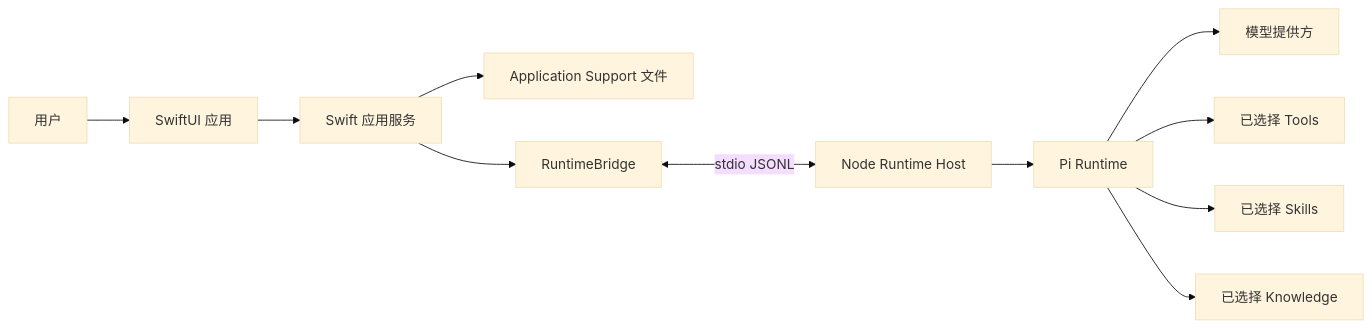
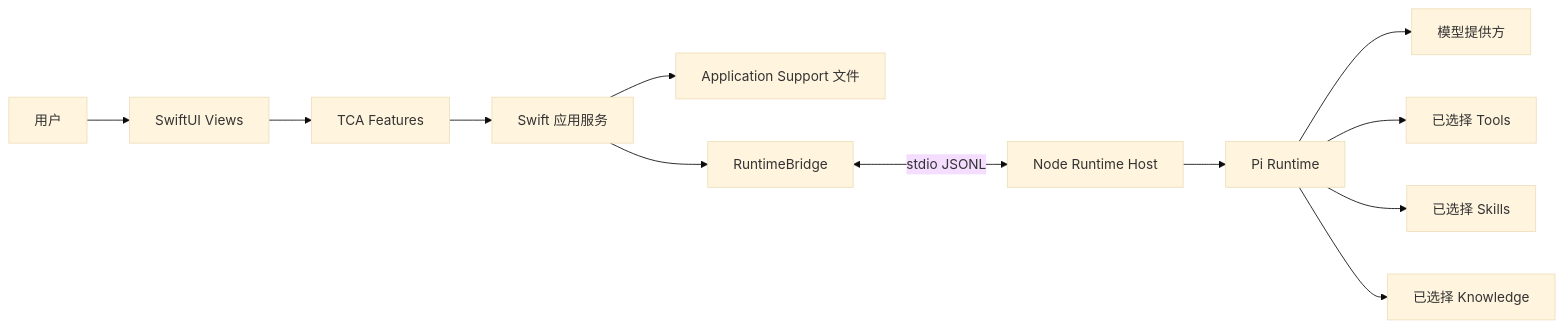
Before and after one commit to acezhx/agent-mac: the first of 2 diagrams in doc/technical-design.md, drawn with Mermaid (base theme). The commit also changed other lines of this file and 9 other files, not shown here.

````diff
--- a/doc/technical-design.md
+++ b/doc/technical-design.md
@@ -8,13 +8,14 @@
 ```mermaid
 flowchart LR
-    User["用户"] --> SwiftUI["SwiftUI 应用"]
-    SwiftUI --> AppServices["Swift 应用服务"]
+    User["用户"] --> SwiftUI["SwiftUI Views"]
+    SwiftUI --> TCA["TCA Features"]
+    TCA --> AppServices["Swift 应用服务"]
     AppServices --> FileData["Application Support 文件"]
     AppServices --> RuntimeBridge["RuntimeBridge"]
     RuntimeBridge <-->|"stdio JSONL"| RuntimeHost["Node Runtime Host"]
     RuntimeHost --> Pi["Pi Runtime"]
     Pi --> Model["模型提供方"]
     Pi --> Tools["已选择 Tools"]
     Pi --> Skills["已选择 Skills"]
     Pi --> Knowledge["已选择 Knowledge"]
 ```
````
